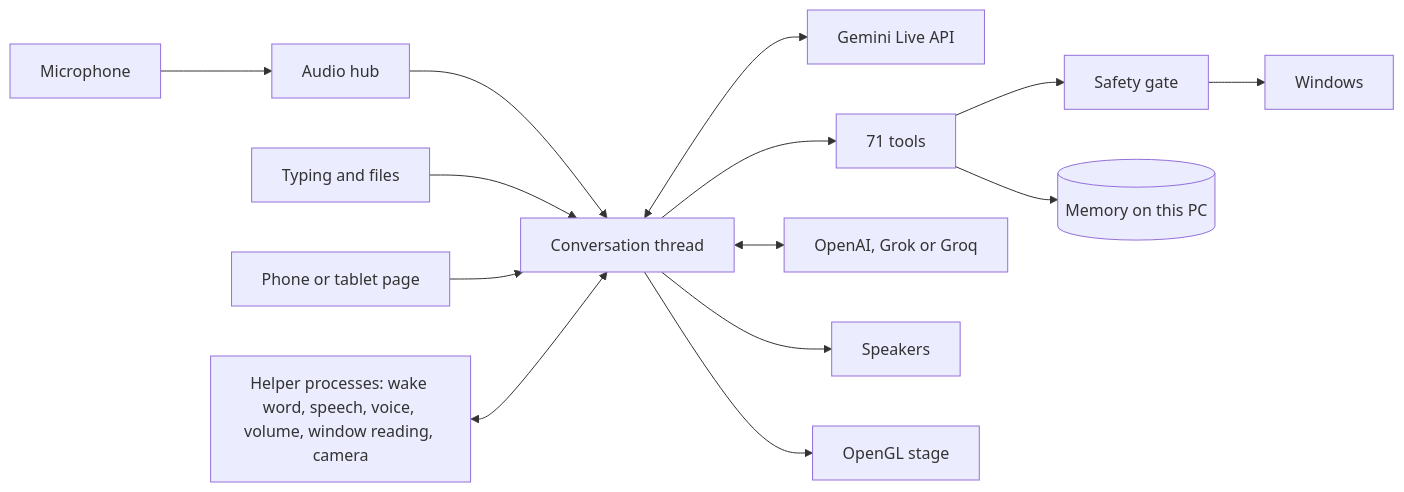
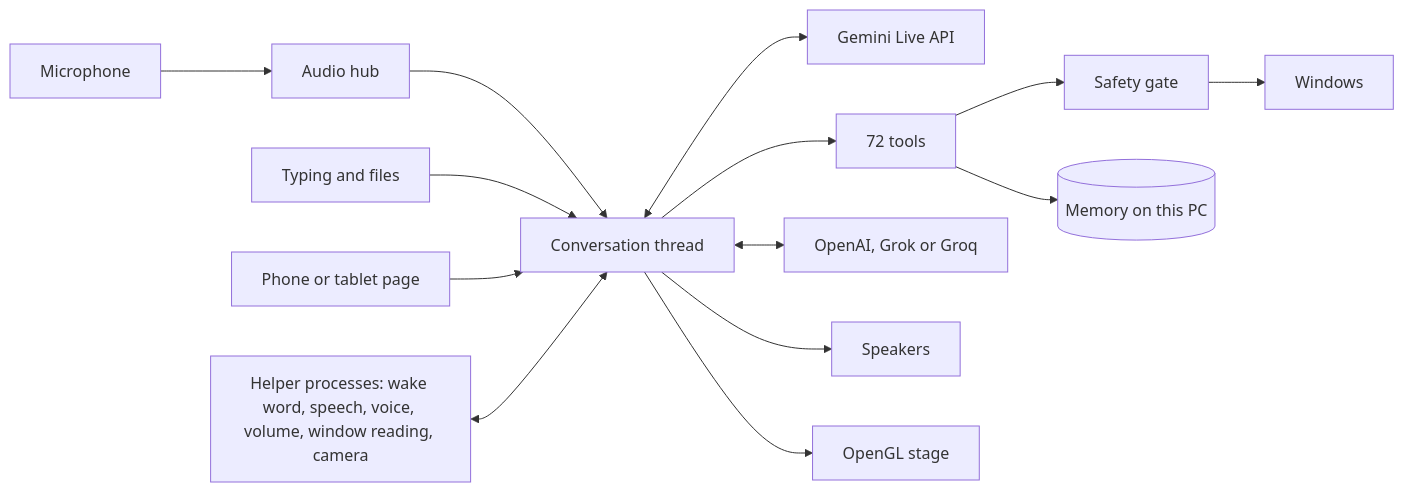
The second of 2 diagrams in README.md (SAMIJAVED217/ALPHA), drawn with Mermaid before and after one commit. The commit also changed other lines of this file and 13 other files, not shown here.

````diff
--- a/README.md
+++ b/README.md
@@ -281,16 +295,16 @@
 ```mermaid
 flowchart LR
     Mic[Microphone] --> Hub[Audio hub]
     Hub --> Talk[Conversation thread]
     Keys[Typing and files] --> Talk
     Talk <--> Gemini[Gemini Live API]
-    Talk --> Tools[71 tools]
+    Talk --> Tools[72 tools]
     Talk <--> Second[OpenAI, Grok or Groq]
     Phone[Phone or tablet page] --> Talk
     Tools --> Gate[Safety gate]
     Gate --> PC[Windows]
     Tools --> Memory[(Memory on this PC)]
     Talk --> Speaker[Speakers]
     Talk --> Stage[OpenGL stage]
     Helpers[Helper processes: wake word, speech, voice, volume, window reading, camera] <--> Talk
 ```
````
